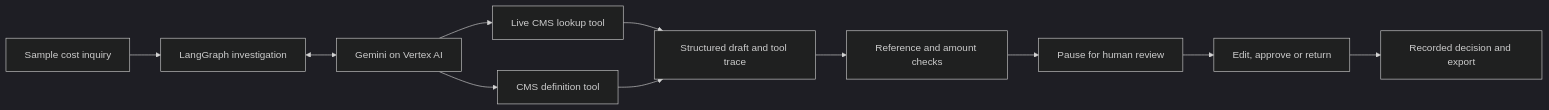
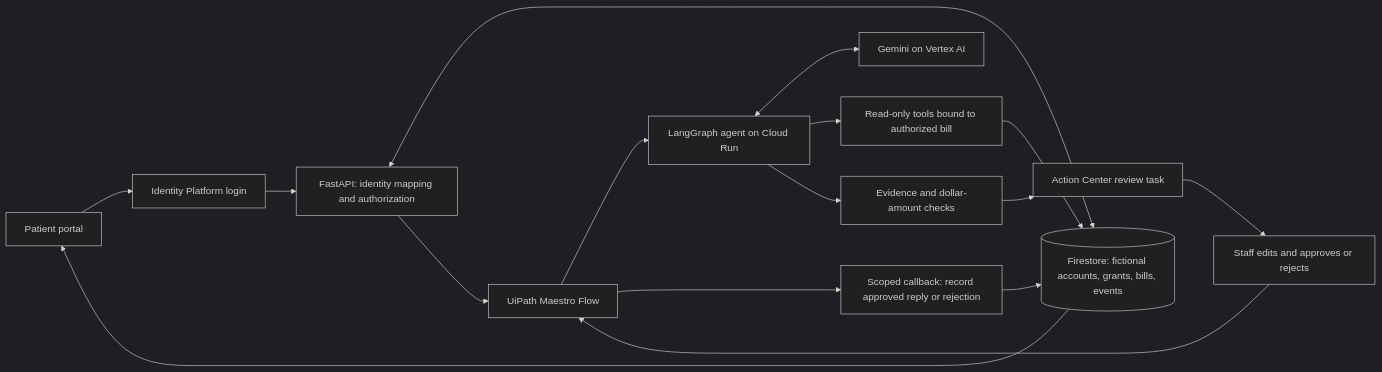
Before and after one commit to rockyzl/revenue-cycle-agent: the diagram in README.md, drawn with Mermaid (dark theme). The commit also changed other lines of this file and 30 other files, not shown here.

Commit message:
Add authenticated patient inbox with live Maestro review workflow

````diff
--- a/README.md
+++ b/README.md
@@ -15,13 +21,18 @@
 ```mermaid
 flowchart LR
-    A[Sample cost inquiry] --> B[LangGraph investigation]
-    B <--> C[Gemini on Vertex AI]
-    C --> D[Live CMS lookup tool]
-    C --> E[CMS definition tool]
-    D --> F[Structured draft and tool trace]
-    E --> F
-    F --> G[Reference and amount checks]
-    G --> H[Pause for human review]
-    H --> I[Edit, approve or return]
-    I --> J[Recorded decision and export]
+    P[Patient portal] --> I[Identity Platform login]
+    I --> A[FastAPI: identity mapping and authorization]
+    A <--> D[(Firestore: fictional accounts, grants, bills, events)]
+    A --> M[UiPath Maestro Flow]
+    M --> G[LangGraph agent on Cloud Run]
+    G <--> V[Gemini on Vertex AI]
+    G --> T[Read-only tools bound to authorized bill]
+    T --> D
+    G --> C[Evidence and dollar-amount checks]
+    C --> H[Action Center review task]
+    H --> R[Staff edits and approves or rejects]
+    R --> M
+    M --> B[Scoped callback: record approved reply or rejection]
+    B --> D
+    D --> P
 ```
````
